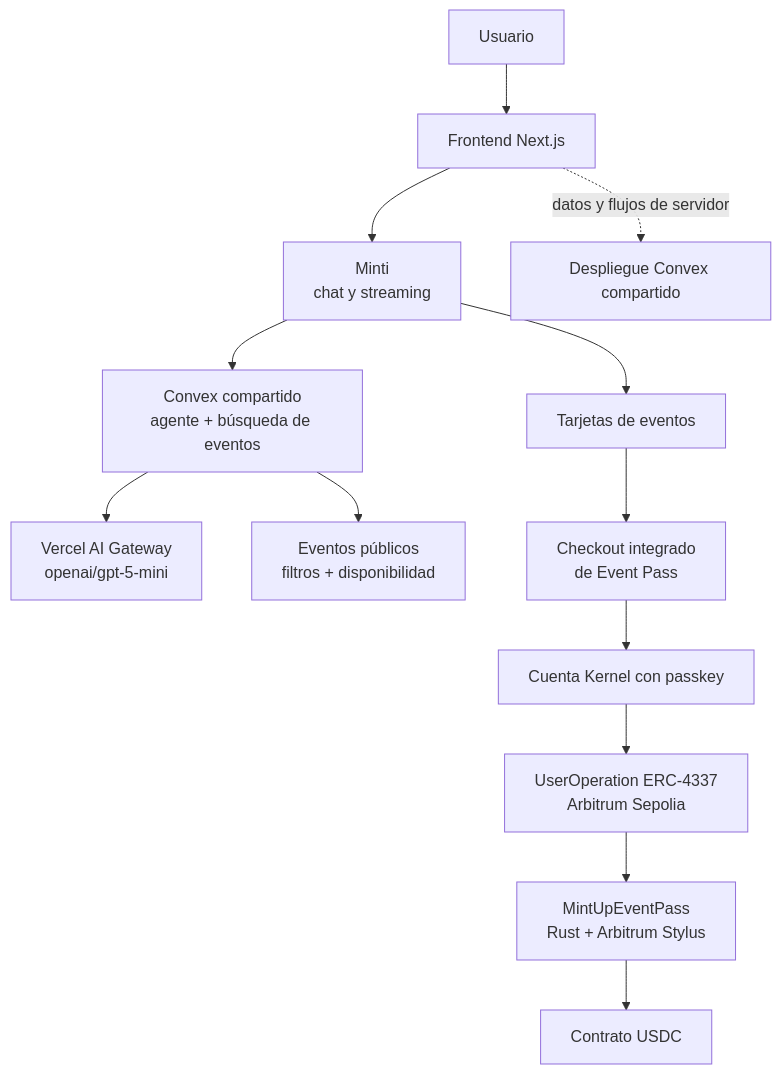
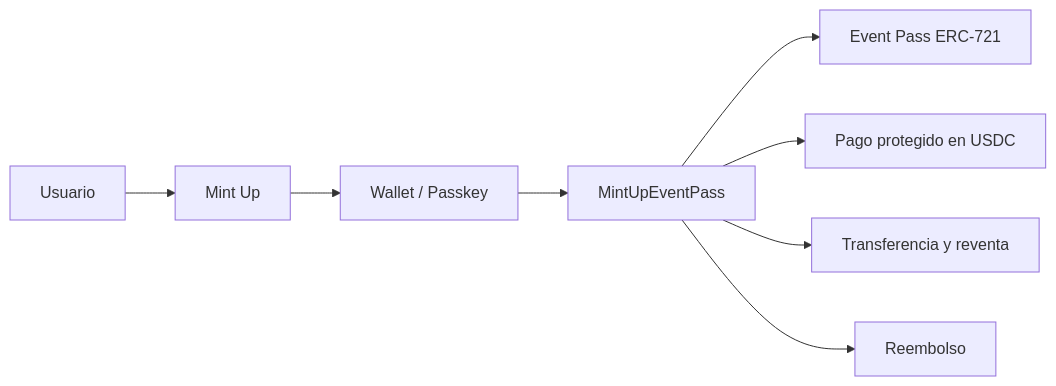
One commit to mavix21/mint-up-ethlimahack changed the diagram in readme.md. Above: the diagram before and after it, drawn with Mermaid. The commit also changed other lines of this file and 1 other file, not shown here.

````diff
--- a/readme.md
+++ b/readme.md
@@ -156,15 +58,10 @@
 ```mermaid
-flowchart TD
-  User[Usuario] --> Frontend[Frontend Next.js]
-  Frontend --> Minti[Minti<br/>chat y streaming]
-  Minti --> ConvexAI[Convex compartido<br/>agente + búsqueda de eventos]
-  ConvexAI --> LLM[Vercel AI Gateway<br/>openai/gpt-5-mini]
-  ConvexAI --> EventData[Eventos públicos<br/>filtros + disponibilidad]
-  Minti --> Cards[Tarjetas de eventos]
-  Cards --> Checkout[Checkout integrado<br/>de Event Pass]
-  Checkout --> Wallet[Cuenta Kernel con passkey]
-  Wallet --> RPC[UserOperation ERC-4337<br/>Arbitrum Sepolia]
-  RPC --> Stylus[MintUpEventPass<br/>Rust + Arbitrum Stylus]
-  Stylus --> USDC[Contrato USDC]
-  Frontend -. datos y flujos de servidor .-> Convex[Despliegue Convex compartido]
+flowchart LR
+  User[Usuario] --> App[Mint Up]
+  App --> Wallet[Wallet / Passkey]
+  Wallet --> Contract[MintUpEventPass]
+  Contract --> Pass[Event Pass ERC-721]
+  Contract --> USDC[Pago protegido en USDC]
+  Contract --> Market[Transferencia y reventa]
+  Contract --> Refund[Reembolso]
 ```
````
